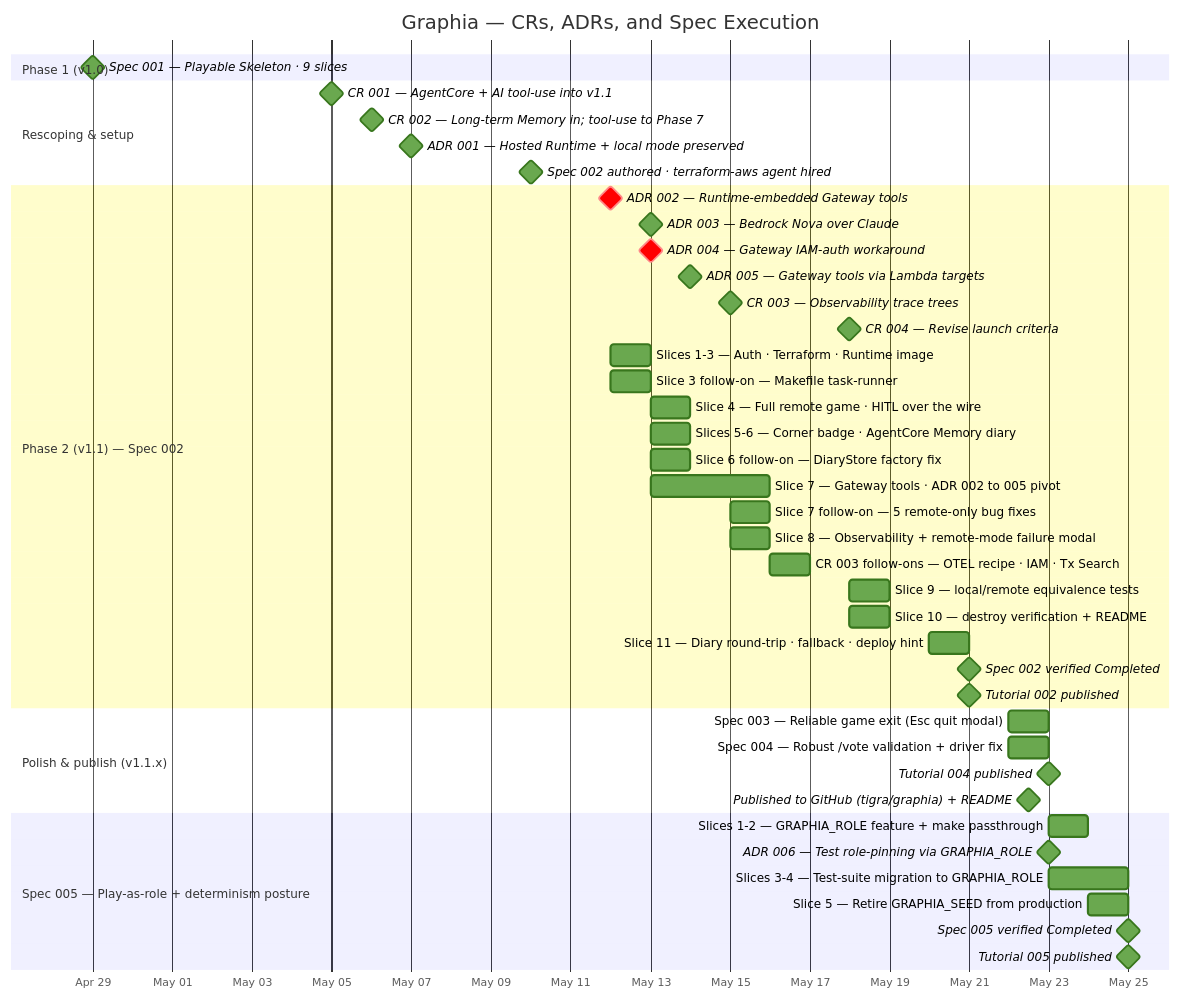
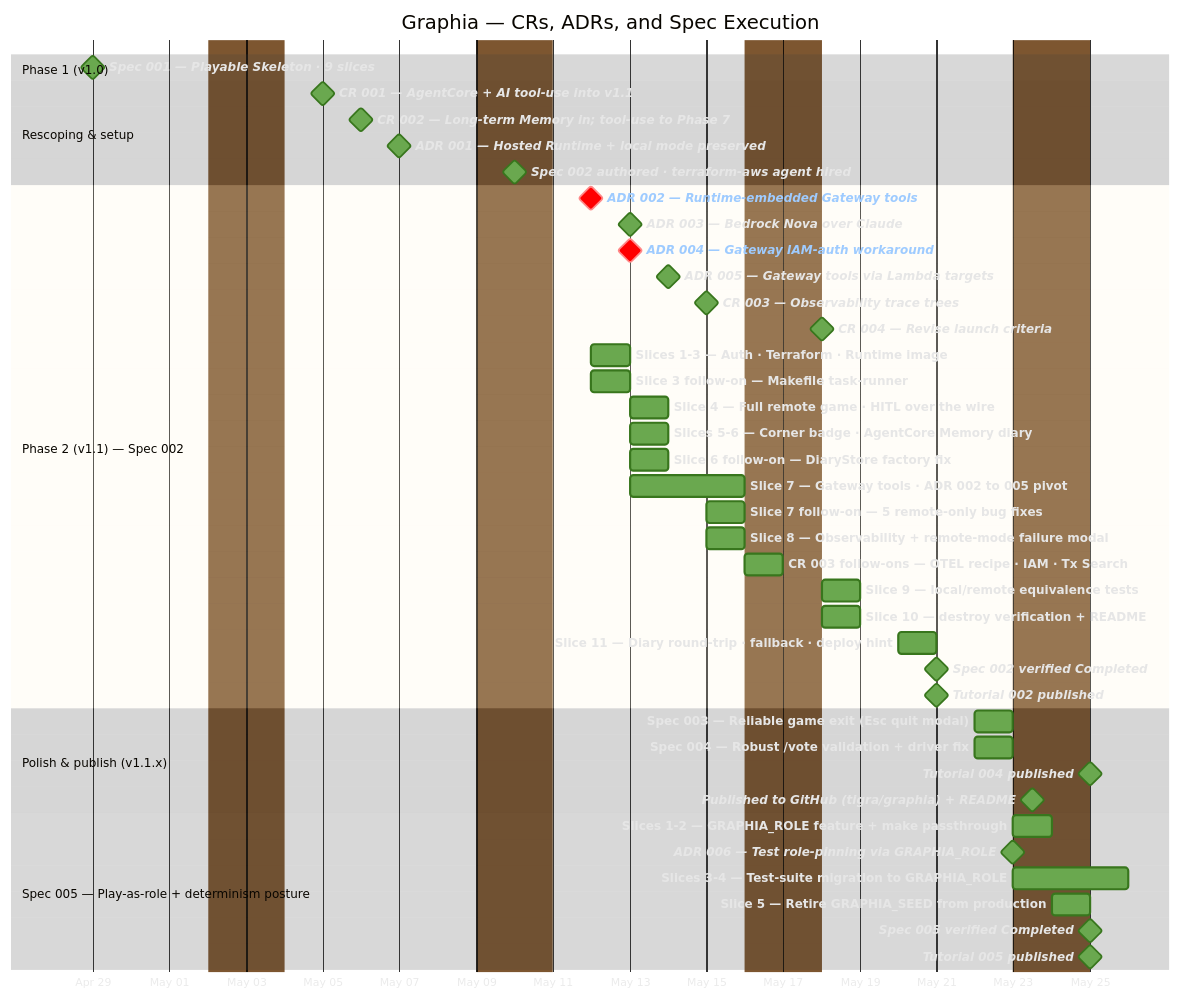
Before and after one commit to tigra/graphia: the diagram in context/project-timeline.md, drawn with Mermaid. The commit also changed other lines of this file and 1 other file, not shown here.

First paragraph of the commit message:
Timeline gantt: weekend shading + clickable milestones + interactive HTML render
Sums up nine iterations from one day; reviewers and bisect get one
coherent payload rather than the rendering-pipeline back-and-forth.

````diff
--- a/context/project-timeline.md
+++ b/context/project-timeline.md
@@ -16,9 +18,10 @@
 ```mermaid
-%%{init: {'themeVariables': {'doneTaskBkgColor': '#6aa84f', 'doneTaskBorderColor': '#38761d', 'activeTaskBkgColor': '#e69138', 'activeTaskBorderColor': '#b45f06'}}}%%
+%%{init: {'theme': 'base', 'themeVariables': {'background': '#2d2d2d', 'textColor': '#e6e6e6', 'sectionBkgColor': '#3c3c3c', 'altSectionBkgColor': '#333333', 'gridColor': '#555555', 'doneTaskBkgColor': '#6aa84f', 'doneTaskBorderColor': '#38761d', 'activeTaskBkgColor': '#e69138', 'activeTaskBorderColor': '#b45f06', 'excludeBkgColor': '#7d5630', 'taskTextColor': '#e6e6e6', 'taskTextLightColor': '#ffffff', 'taskTextDarkColor': '#ffffff', 'taskTextClickableColor': '#9ecbff', 'taskTextOutsideColor': '#e6e6e6'}}}%%
 gantt
     title Graphia — CRs, ADRs, and Spec Execution
     dateFormat YYYY-MM-DD
     axisFormat %b %d
+    excludes weekends
 
     section Phase 1 (v1.0)
     Spec 001 — Playable Skeleton · 9 slices             :milestone, done, sp1, 2026-04-29, 0d
@@ -64,4 +67,40 @@
     Slice 5 — Retire GRAPHIA_SEED from production        :done, sp5s5, 2026-05-24, 1d
     Spec 005 verified Completed                          :milestone, done, sp5v, after sp5s5, 0d
     Tutorial 005 published                               :milestone, done, t5, after sp5v, 0d
+
+    click sp1 href "https://github.com/tigra/graphia/tree/main/context/spec/001-playable-skeleton"
+    click m1 href "https://github.com/tigra/graphia/blob/main/context/change-requests/001-agentcore-and-tools-in-scope.md"
+    click m2 href "https://github.com/tigra/graphia/blob/main/context/change-requests/002-long-term-memory-for-cross-game-stats.md"
+    click a1 href "https://github.com/tigra/graphia/blob/main/context/adr/001-hosted-agentcore-with-local-mode.md"
+    click sp2 href "https://github.com/tigra/graphia/tree/main/context/spec/002-hosted-agentcore-deployment"
+    click a2 href "https://github.com/tigra/graphia/blob/main/context/adr/002-runtime-embedded-gateway-tool-handlers.md"
+    click a3 href "https://github.com/tigra/graphia/blob/main/context/adr/003-bedrock-nova-over-claude.md"
+    click a4 href "https://github.com/tigra/graphia/blob/main/context/adr/004-gateway-target-iam-auth-cli-workaround.md"
+    click a5 href "https://github.com/tigra/graphia/blob/main/context/adr/005-gateway-tools-via-lambda-targets.md"
+    click c3 href "https://github.com/tigra/graphia/blob/main/context/change-requests/003-observability-navigable-trace-trees.md"
+    click c4 href "https://github.com/tigra/graphia/blob/main/context/change-requests/004-revise-launch-error-handling-criteria.md"
+    click s13 href "https://github.com/tigra/graphia/blob/main/context/spec/002-hosted-agentcore-deployment/tasks.md"
+    click s3f href "https://github.com/tigra/graphia/blob/main/context/spec/002-hosted-agentcore-deployment/tasks.md"
+    click s4 href "https://github.com/tigra/graphia/blob/main/context/spec/002-hosted-agentcore-deployment/tasks.md"
+    click s56 href "https://github.com/tigra/graphia/blob/main/context/spec/002-hosted-agentcore-deployment/tasks.md"
+    click s6f href "https://github.com/tigra/graphia/blob/main/context/spec/002-hosted-agentcore-deployment/tasks.md"
+    click s7 href "https://github.com/tigra/graphia/blob/main/context/spec/002-hosted-agentcore-deployment/tasks.md"
+    click fix href "https://github.com/tigra/graphia/blob/main/context/spec/002-hosted-agentcore-deployment/tasks.md"
+    click s8 href "https://github.com/tigra/graphia/blob/main/context/spec/002-hosted-agentcore-deployment/tasks.md"
+    click s8f href "https://github.com/tigra/graphia/blob/main/context/spec/002-hosted-agentcore-deployment/tasks.md"
+    click s9 href "https://github.com/tigra/graphia/blob/main/context/spec/002-hosted-agentcore-deployment/tasks.md"
+    click s10 href "https://github.com/tigra/graphia/blob/main/context/spec/002-hosted-agentcore-deployment/tasks.md"
+    click s11 href "https://github.com/tigra/graphia/blob/main/context/spec/002-hosted-agentcore-deployment/tasks.md"
+    click sp2v href "https://github.com/tigra/graphia/blob/main/context/spec/002-hosted-agentcore-deployment/functional-spec.md"
+    click sp2t href "https://github.com/tigra/graphia/blob/main/context/tutorials/002-hosted-agentcore-deployment/tutorial.md"
+    click sp3 href "https://github.com/tigra/graphia/tree/main/context/spec/003-reliable-game-exit"
+    click sp4 href "https://github.com/tigra/graphia/tree/main/context/spec/004-robust-vote-input-validation"
+    click t4 href "https://github.com/tigra/graphia/blob/main/context/tutorials/004-robust-vote-input-validation/tutorial.md"
+    click pub href "https://github.com/tigra/graphia"
+    click sp5s12 href "https://github.com/tigra/graphia/tree/main/context/spec/005-play-as-role"
+    click a6 href "https://github.com/tigra/graphia/blob/main/context/adr/006-test-role-pinning-via-graphia-role.md"
+    click sp5s34 href "https://github.com/tigra/graphia/tree/main/context/spec/005-play-as-role"
+    click sp5s5 href "https://github.com/tigra/graphia/tree/main/context/spec/005-play-as-role"
+    click sp5v href "https://github.com/tigra/graphia/blob/main/context/spec/005-play-as-role/functional-spec.md"
+    click t5 href "https://github.com/tigra/graphia/blob/main/context/tutorials/005-play-as-role/tutorial.md"
 ```
````
